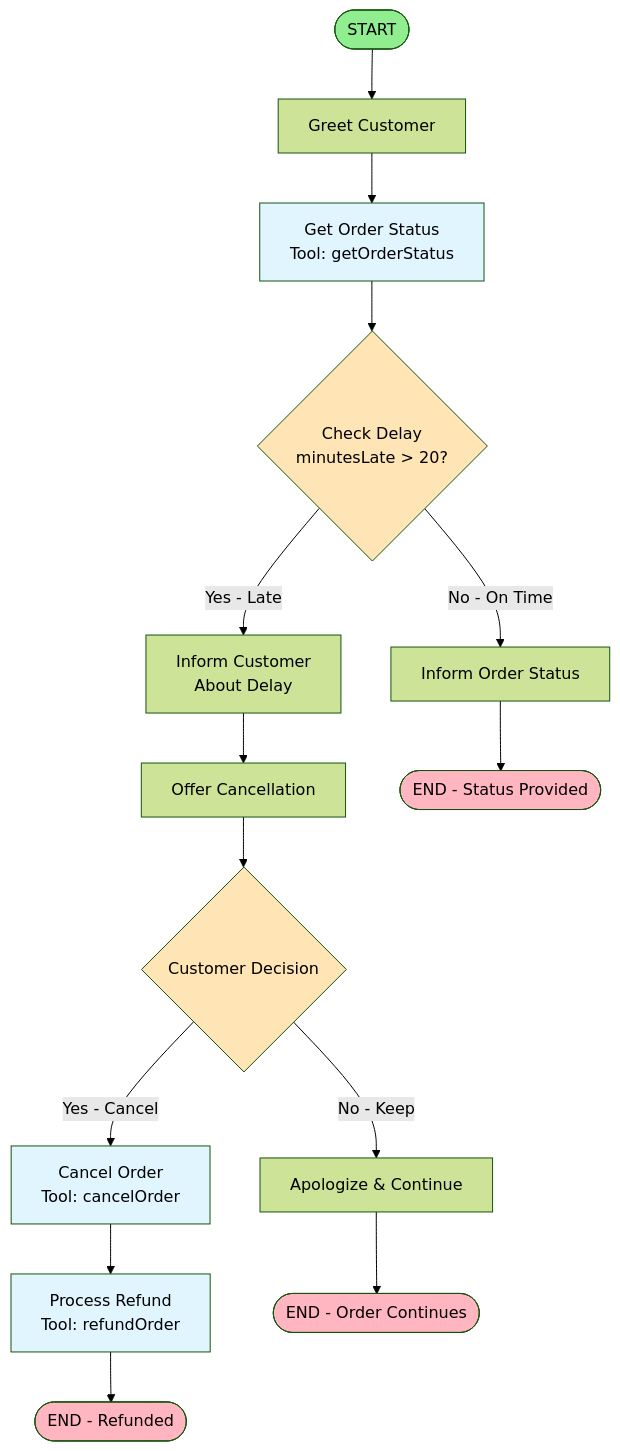
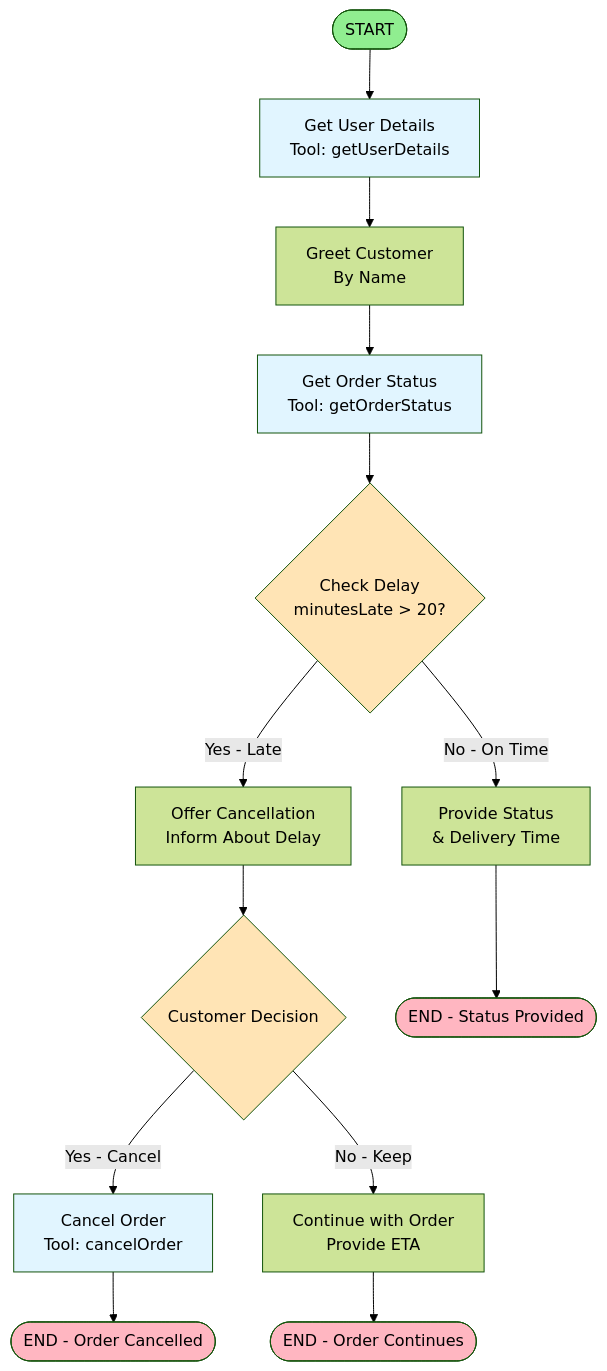
Before and after one commit to rolando-santamaria-dhse/llm-sop-engine-poc: the second of 2 diagrams in README.md, drawn with Mermaid (forest theme). The commit also changed 5 other files, not shown here.

First line of the commit message:
refactor: improve Order Delay SOP workflow and execution logic

````diff
--- a/README.md
+++ b/README.md
@@ -170,31 +170,29 @@
 ```mermaid
 graph TD
-    START([START]) --> GREET[Greet Customer]
+    START([START]) --> GET_USER[Get User Details<br/>Tool: getUserDetails]
+    GET_USER --> GREET[Greet Customer<br/>By Name]
     GREET --> GET_STATUS[Get Order Status<br/>Tool: getOrderStatus]
     GET_STATUS --> CHECK_DELAY{Check Delay<br/>minutesLate > 20?}
 
-    CHECK_DELAY -->|Yes - Late| INFORM_DELAY[Inform Customer<br/>About Delay]
-    CHECK_DELAY -->|No - On Time| INFORM_STATUS[Inform Order Status]
+    CHECK_DELAY -->|Yes - Late| OFFER_CANCEL[Offer Cancellation<br/>Inform About Delay]
+    CHECK_DELAY -->|No - On Time| PROVIDE_STATUS[Provide Status<br/>& Delivery Time]
 
-    INFORM_DELAY --> OFFER_CANCEL[Offer Cancellation]
     OFFER_CANCEL --> CUSTOMER_DECISION{Customer Decision}
 
     CUSTOMER_DECISION -->|Yes - Cancel| CANCEL_ORDER[Cancel Order<br/>Tool: cancelOrder]
-    CUSTOMER_DECISION -->|No - Keep| APOLOGIZE[Apologize & Continue]
+    CUSTOMER_DECISION -->|No - Keep| CONTINUE_ORDER[Continue with Order<br/>Provide ETA]
 
-    CANCEL_ORDER --> PROCESS_REFUND[Process Refund<br/>Tool: refundOrder]
-    PROCESS_REFUND --> END_CANCEL([END - Refunded])
-
-    APOLOGIZE --> END_KEEP([END - Order Continues])
-    INFORM_STATUS --> END_STATUS([END - Status Provided])
+    CANCEL_ORDER --> END_CANCEL([END - Order Cancelled])
+    CONTINUE_ORDER --> END_KEEP([END - Order Continues])
+    PROVIDE_STATUS --> END_STATUS([END - Status Provided])
 
     style START fill:#90EE90
     style CHECK_DELAY fill:#FFE4B5
     style CUSTOMER_DECISION fill:#FFE4B5
     style END_CANCEL fill:#FFB6C1
     style END_KEEP fill:#FFB6C1
     style END_STATUS fill:#FFB6C1
+    style GET_USER fill:#E1F5FF
     style GET_STATUS fill:#E1F5FF
     style CANCEL_ORDER fill:#E1F5FF
-    style PROCESS_REFUND fill:#E1F5FF
 ```
````
